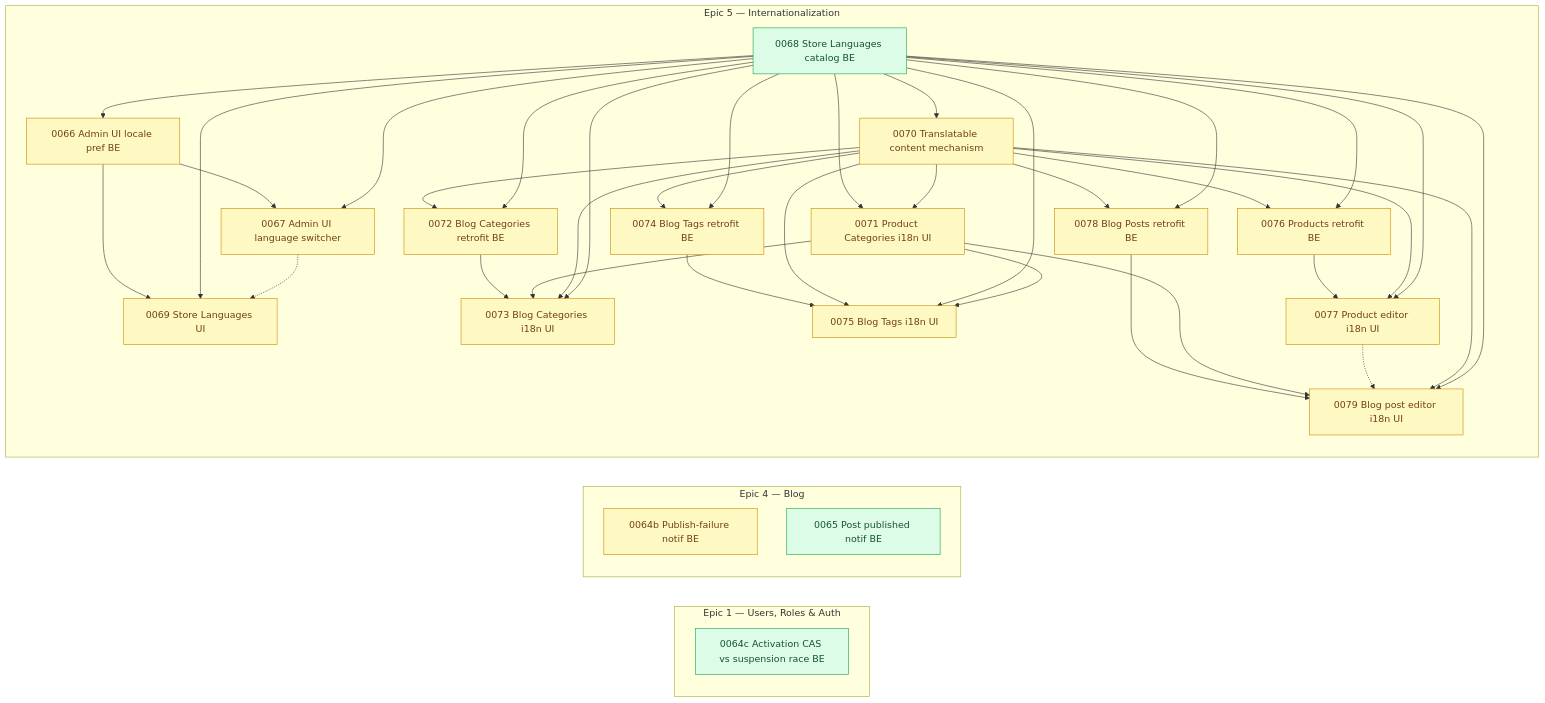
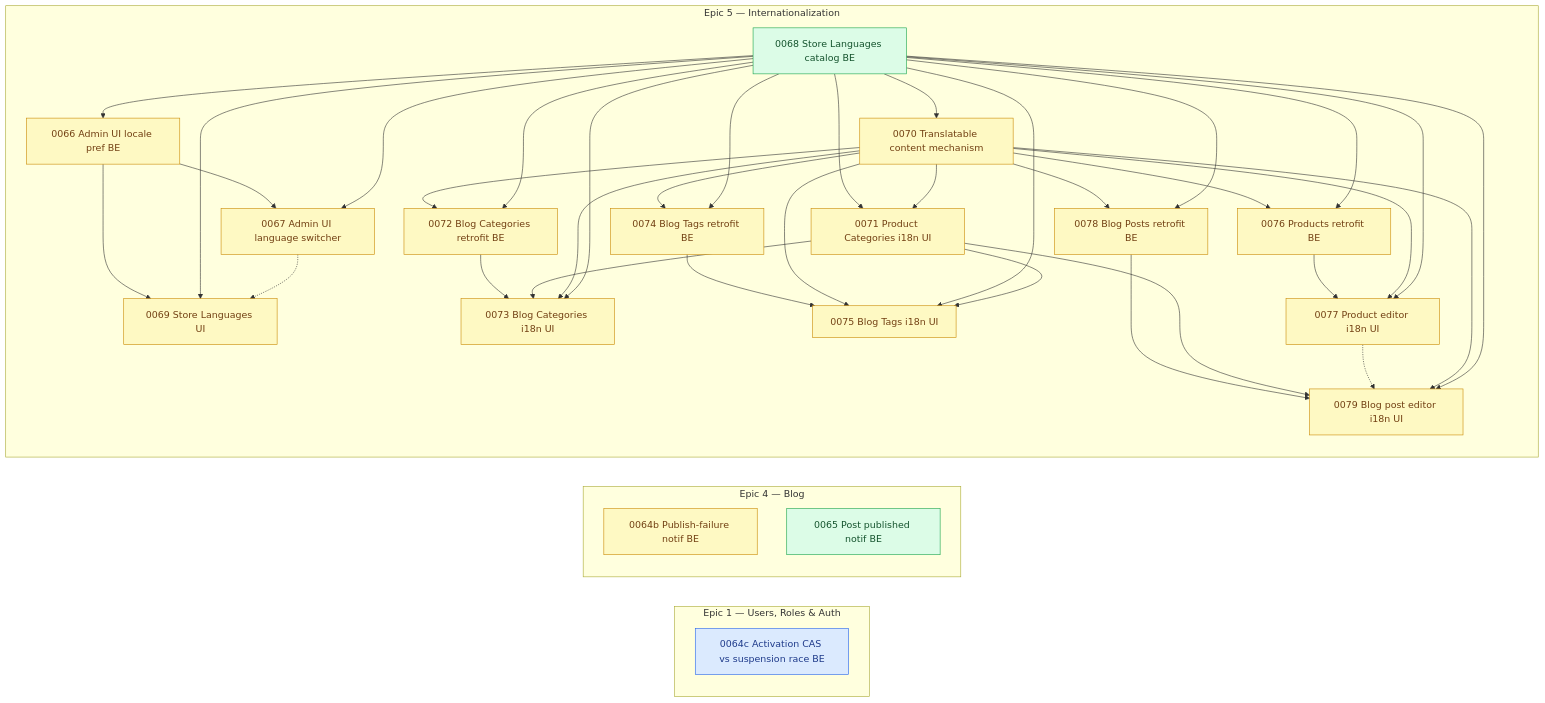
Before and after one commit to shojen/AI4Devs-finalproject: the diagram in arospe/ai-spec/tasks-map.md, drawn with Mermaid. The commit also changed other lines of this file and 3 other files, not shown here.

````diff
--- a/arospe/ai-spec/tasks-map.md
+++ b/arospe/ai-spec/tasks-map.md
@@ -372,5 +374,6 @@
     P0068 --> P0079
 
     class P0064b,P0066,P0067,P0069,P0070,P0071,P0072,P0073,P0074,P0075,P0076,P0077,P0078,P0079 pending;
-    class P0064c,P0065,P0068 ready;
+    class P0065,P0068 ready;
+    class P0064c claimed;
 ```
````
